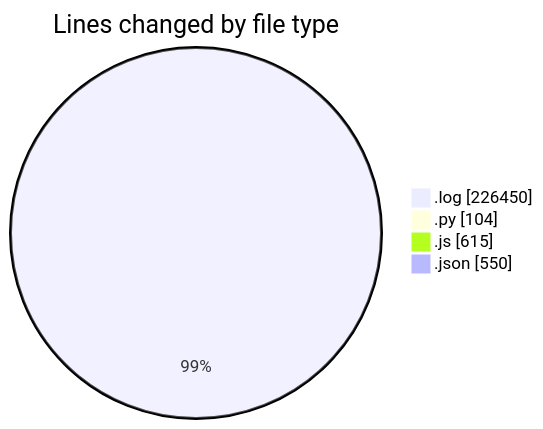
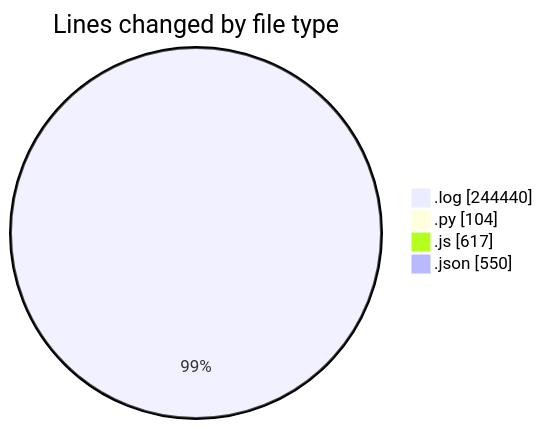
Before and after one commit to nxtqubesakshisongat/code-tracking: the first of 2 diagrams in 2025-04-10/nxtqube_webapp/README.md, drawn with Mermaid. The commit also changed other lines of this file and 1 other file, not shown here.

````diff
--- a/2025-04-10/nxtqube_webapp/README.md
+++ b/2025-04-10/nxtqube_webapp/README.md
@@ -23,8 +23,8 @@
 ```mermaid
 pie showData
 title Lines changed by file type
-".log" : 226450
+".log" : 244440
 ".py" : 104
-".js" : 615
+".js" : 617
 ".json" : 550
 ```
````
